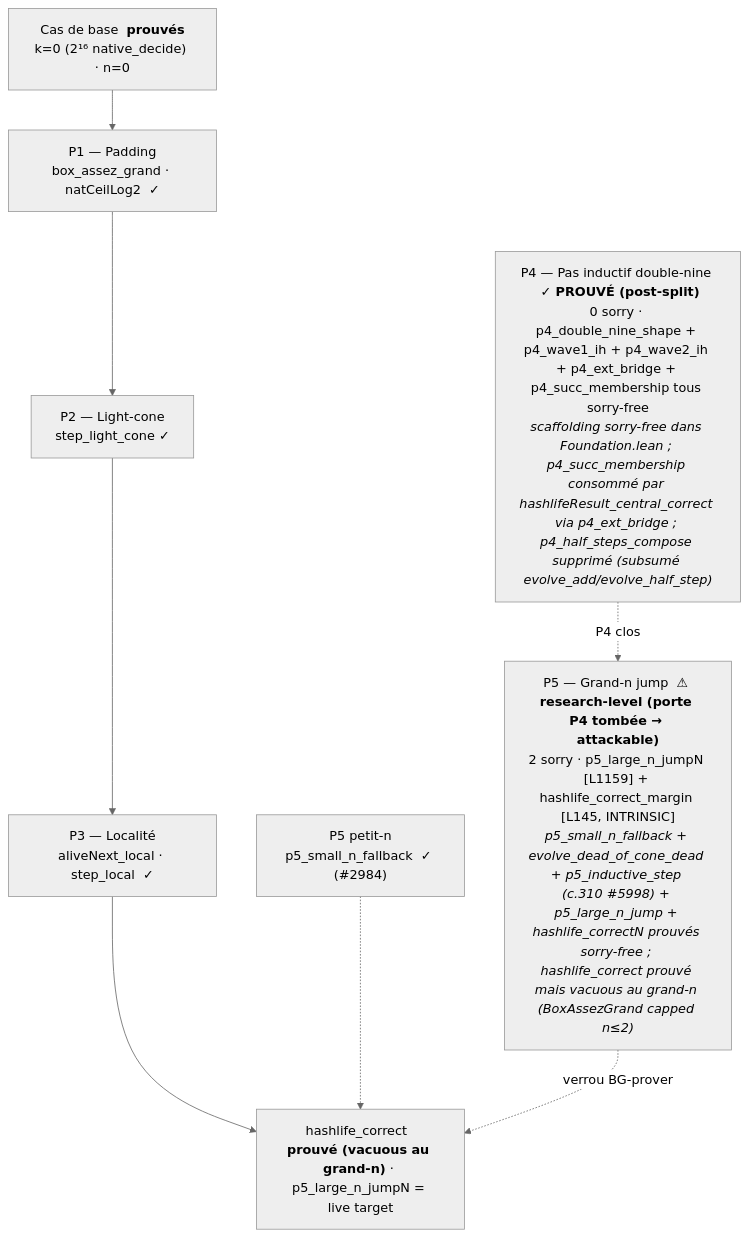
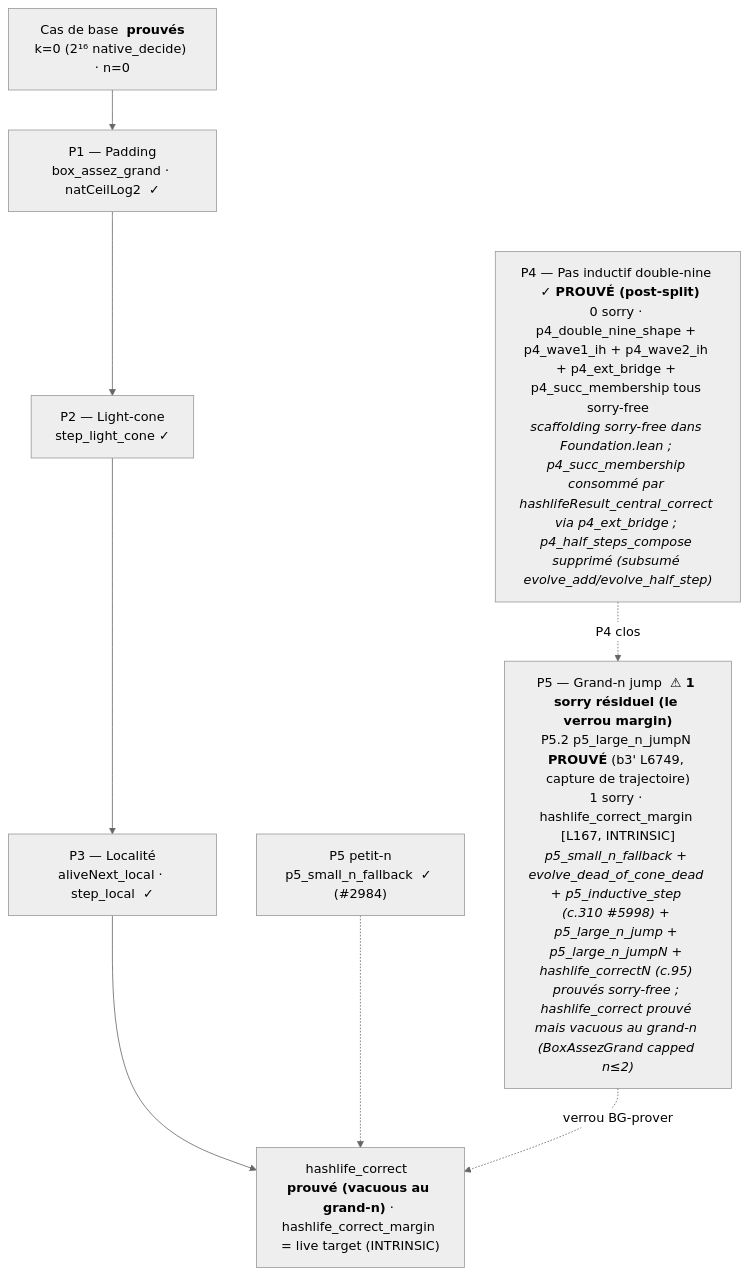
One commit to jsboige/CoursIA changed the second of 2 diagrams in MyIA.AI.Notebooks/SymbolicAI/Lean/conway_lean/README.md. Above: the diagram before and after it, drawn with Mermaid (neutral theme). The commit also changed other lines of this file and 1 other file, not shown here.

````diff
--- a/MyIA.AI.Notebooks/SymbolicAI/Lean/conway_lean/README.md
+++ b/MyIA.AI.Notebooks/SymbolicAI/Lean/conway_lean/README.md
@@ -147,15 +149,15 @@
 ```mermaid
 flowchart TD
     BASE["Cas de base  <b>prouvés</b><br/>k=0 (2¹⁶ native_decide) · n=0"]
     P1["P1 — Padding<br/>box_assez_grand · natCeilLog2  <b>✓</b>"]
     P2["P2 — Light-cone<br/>step_light_cone  <b>✓</b>"]
     P3["P3 — Localité<br/>aliveNext_local · step_local  <b>✓</b>"]
     P5S["P5 petit-n<br/>p5_small_n_fallback  <b>✓</b> (#2984)"]
     P4["P4 — Pas inductif double-nine  <b>✓ PROUVÉ (post-split)</b><br/>0 sorry · p4_double_nine_shape + p4_wave1_ih + p4_wave2_ih + p4_ext_bridge + p4_succ_membership tous sorry-free<br/><i>scaffolding sorry-free dans Foundation.lean ; p4_succ_membership consommé par hashlifeResult_central_correct via p4_ext_bridge ; p4_half_steps_compose supprimé (subsumé evolve_add/evolve_half_step)</i>"]
-    P5["P5 — Grand-n jump  <b>⚠ research-level (porte P4 tombée → attackable)</b><br/>2 sorry · p5_large_n_jumpN [L1159] + hashlife_correct_margin [L145, INTRINSIC]<br/><i>p5_small_n_fallback + evolve_dead_of_cone_dead + p5_inductive_step (c.310 #5998) + p5_large_n_jump + hashlife_correctN prouvés sorry-free ; hashlife_correct prouvé mais vacuous au grand-n (BoxAssezGrand capped n≤2)</i>"]
-    GOAL["hashlife_correct  <b>prouvé (vacuous au grand-n)</b> · p5_large_n_jumpN = live target"]
+    P5["P5 — Grand-n jump  <b>⚠ 1 sorry résiduel (le verrou margin)</b><br/>P5.2 p5_large_n_jumpN <b>PROUVÉ</b> (b3' L6749, capture de trajectoire)<br/>1 sorry · hashlife_correct_margin [L167, INTRINSIC]<br/><i>p5_small_n_fallback + evolve_dead_of_cone_dead + p5_inductive_step (c.310 #5998) + p5_large_n_jump + p5_large_n_jumpN + hashlife_correctN (c.95) prouvés sorry-free ; hashlife_correct prouvé mais vacuous au grand-n (BoxAssezGrand capped n≤2)</i>"]
+    GOAL["hashlife_correct  <b>prouvé (vacuous au grand-n)</b> · hashlife_correct_margin = live target (INTRINSIC)"]
 
     BASE --> P1 --> P2 --> P3 --> GOAL
     P5S -.-> GOAL
     P4 -.->|"P4 clos"| P5 -.->|"verrou BG-prover"| GOAL
 ```
````
